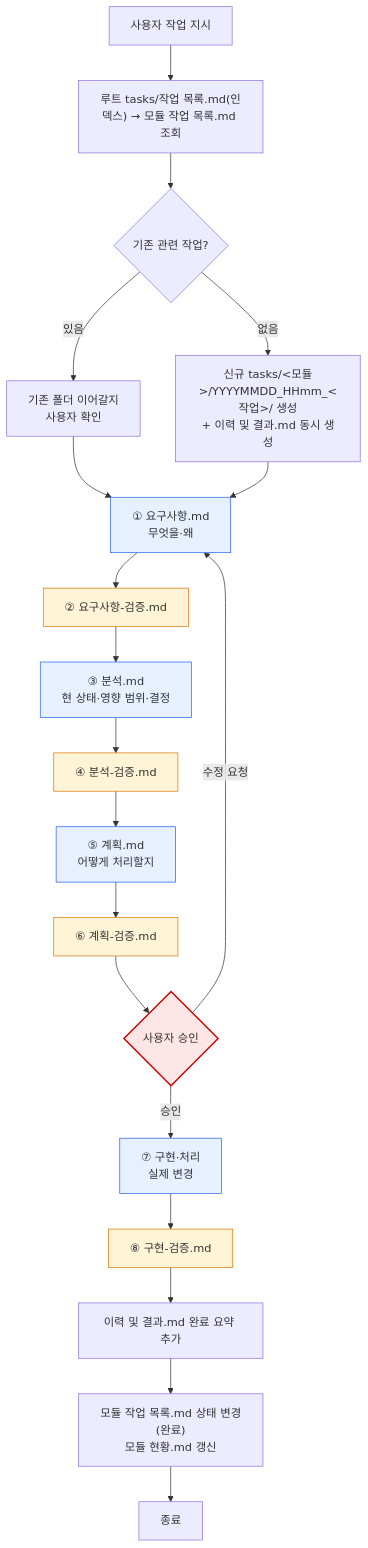
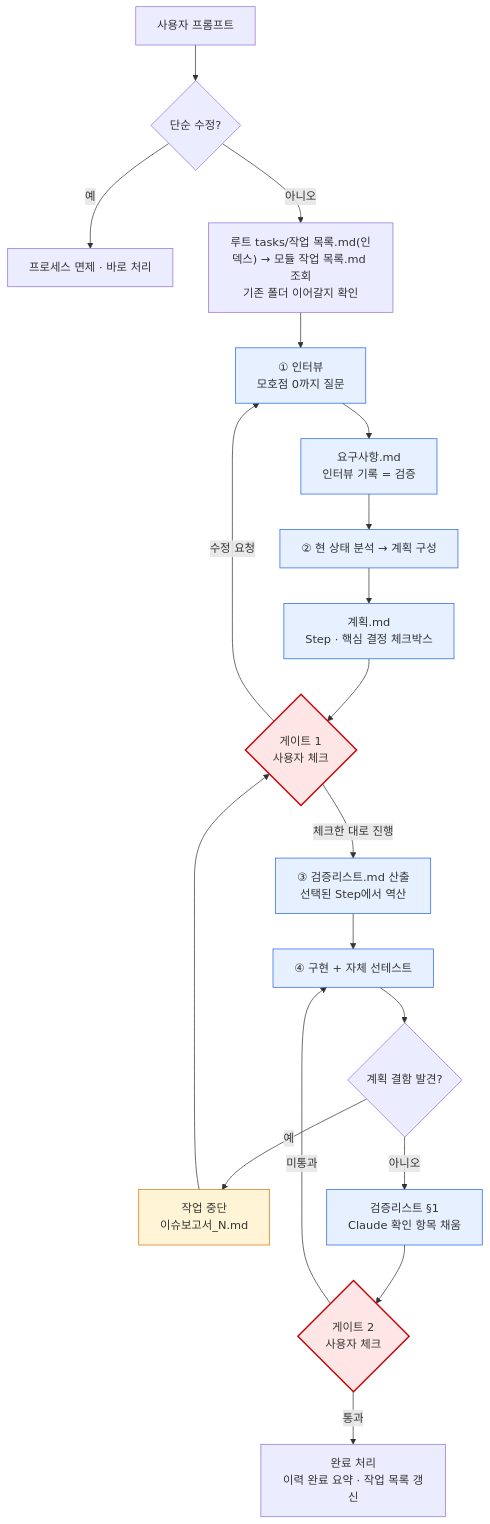
Before and after one commit to eskim-todoc/claude: the diagram in 지침/일반/작업/작업-프로세스.md, drawn with Mermaid. The commit also changed other lines of this file and 7 other files, not shown here.

````diff
--- a/지침/일반/작업/작업-프로세스.md
+++ b/지침/일반/작업/작업-프로세스.md
@@ -17,29 +19,28 @@
 ```mermaid
 flowchart TD
-    A["사용자 작업 지시"] --> B["루트 tasks/작업 목록.md(인덱스) → 모듈 작업 목록.md 조회"]
-    B --> C{기존 관련 작업?}
-    C -->|있음| D["기존 폴더 이어갈지<br/>사용자 확인"]
-    C -->|없음| E["신규 tasks/&lt;모듈&gt;/YYYYMMDD_HHmm_&lt;작업&gt;/ 생성<br/>+ 이력 및 결과.md 동시 생성"]
-    D --> F
-    E --> F
-    F["① 요구사항.md<br/>무엇을·왜"]
-    F --> F1["② 요구사항-검증.md"]
-    F1 --> G["③ 분석.md<br/>현 상태·영향 범위·결정"]
-    G --> G1["④ 분석-검증.md"]
-    G1 --> H["⑤ 계획.md<br/>어떻게 처리할지"]
-    H --> H1["⑥ 계획-검증.md"]
-    H1 --> K{사용자 승인}
-    K -->|수정 요청| F
-    K -->|승인| L["⑦ 구현·처리<br/>실제 변경"]
-    L --> L1["⑧ 구현-검증.md"]
-    L1 --> M["이력 및 결과.md 완료 요약 추가"]
-    M --> N["모듈 작업 목록.md 상태 변경(완료)<br/>모듈 현황.md 갱신"]
-    N --> O[종료]
+    A["사용자 프롬프트"] --> B{"단순 수정?"}
+    B -->|"예"| Z["프로세스 면제 · 바로 처리"]
+    B -->|"아니오"| C["루트 tasks/작업 목록.md(인덱스) → 모듈 작업 목록.md 조회<br/>기존 폴더 이어갈지 확인"]
+    C --> D["① 인터뷰<br/>모호점 0까지 질문"]
+    D --> E["요구사항.md<br/>인터뷰 기록 = 검증"]
+    E --> F["② 현 상태 분석 → 계획 구성"]
+    F --> G["계획.md<br/>Step · 핵심 결정 체크박스"]
+    G --> H{"게이트 1<br/>사용자 체크"}
+    H -->|"수정 요청"| D
+    H -->|"체크한 대로 진행"| I["③ 검증리스트.md 산출<br/>선택된 Step에서 역산"]
+    I --> J["④ 구현 + 자체 선테스트"]
+    J --> K{"계획 결함 발견?"}
+    K -->|"예"| L["작업 중단<br/>이슈보고서_N.md"]
+    L --> H
+    K -->|"아니오"| M["검증리스트 §1<br/>Claude 확인 항목 채움"]
+    M --> N{"게이트 2<br/>사용자 체크"}
+    N -->|"미통과"| J
+    N -->|"통과"| O["완료 처리<br/>이력 완료 요약 · 작업 목록 갱신"]
 
     classDef make fill:#e6f0ff,stroke:#2563eb
-    classDef verify fill:#fff4d6,stroke:#d97706
-    classDef approval fill:#ffe6e6,stroke:#c00,stroke-width:2px
-    class F,G,H,L make
-    class F1,G1,H1,L1 verify
-    class K approval
+    classDef gate fill:#ffe6e6,stroke:#c00,stroke-width:2px
+    classDef stop fill:#fff4d6,stroke:#d97706
+    class D,E,F,G,I,J,M make
+    class H,N gate
+    class L stop
 ```
````
